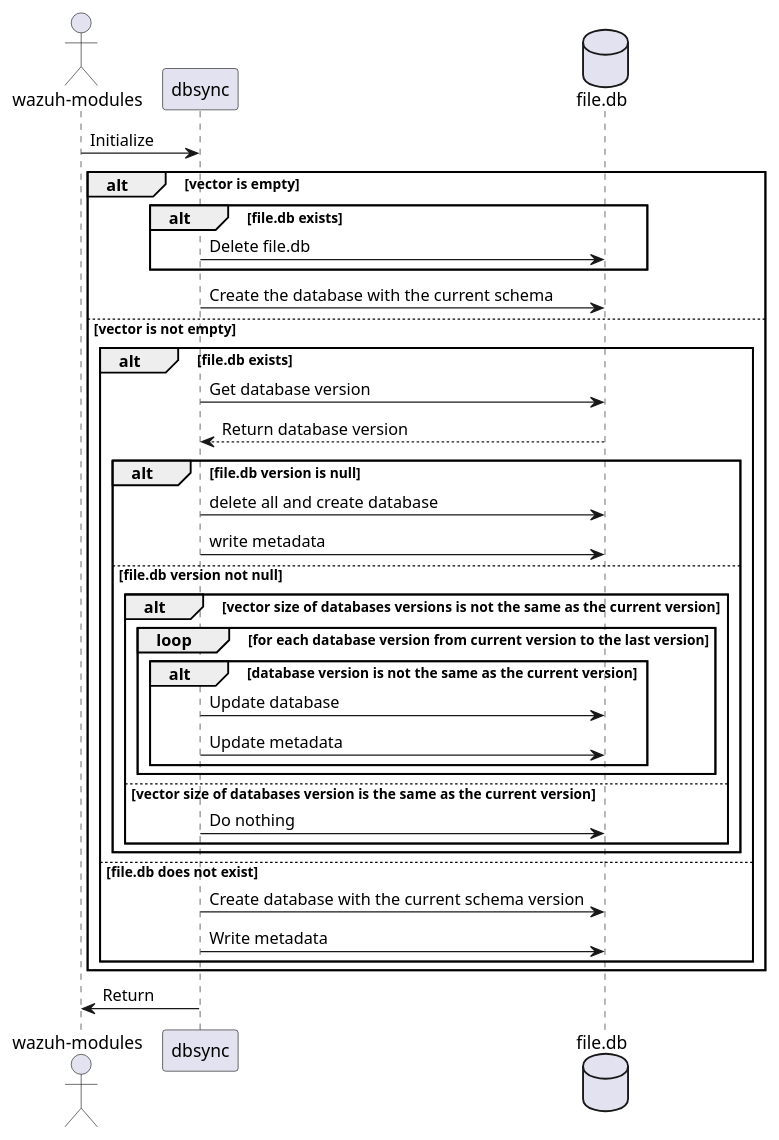
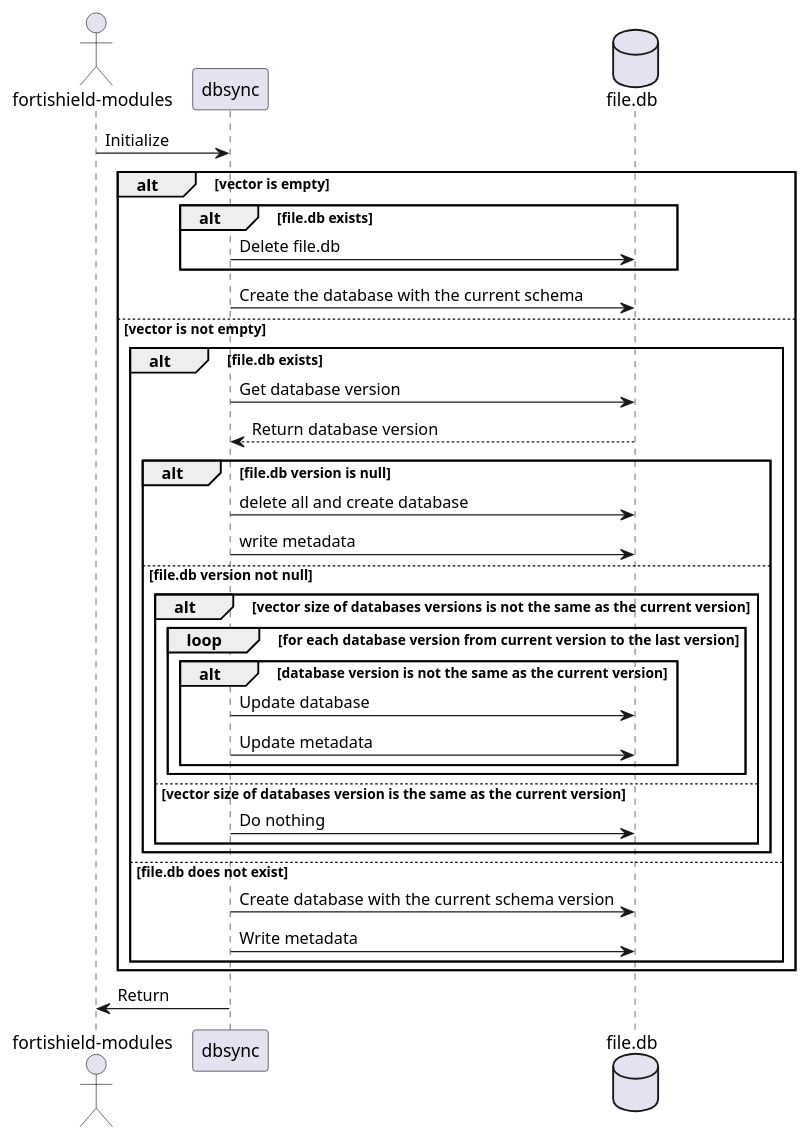
The diagram in architecture/dbsync/001-sequence-initialization-with-persistence.puml (FortiShield/FortiShield), drawn with PlantUML before and after one commit. The commit also changed other lines of this file and 1785 other files, not shown here.

```diff
--- a/architecture/dbsync/001-sequence-initialization-with-persistence.puml
+++ b/architecture/dbsync/001-sequence-initialization-with-persistence.puml
@@ -6,49 +6,49 @@
 @startuml 001-sequence-initialization-with-persistence
 
-actor "wazuh-modules" as module
+actor "fortishield-modules" as module
 participant "dbsync" as dbsync
 database "file.db" as db
 
 ' The initialization uses a std::vector of std::string to store the queries
 ' The index 0 is the present version 1 of the database
 ' The index 1 is the present version 2 of the database
 ' The index n is the present version n+1 of the database
 module -> dbsync: Initialize
 alt vector is empty
     alt file.db exists
         dbsync -> db: Delete file.db
     end
     dbsync -> db: Create the database with the current schema
 else vector is not empty
     ' Condition: If file.db exists and is not empty check the database version
     ' Condition: If file.db exists and is empty, create the database
     ' Condition: If file.db does not exist, create the database
     ' Condition: If the database version is not the same as the current version, update the database
     ' Condition: If the database version is the same as the current version, do nothing
 
     alt file.db exists
         dbsync->db: Get database version
         db-->dbsync: Return database version
         alt file.db version is null
             dbsync -> db: delete all and create database
             dbsync -> db: write metadata
         else file.db version not null
             alt vector size of databases versions is not the same as the current version
                 loop for each database version from current version to the last version
                     alt database version is not the same as the current version
                         dbsync -> db: Update database
                         dbsync -> db: Update metadata
                     end
                 end
             else vector size of databases version is the same as the current version
                 dbsync -> db: Do nothing
             end
         end
     else file.db does not exist
         dbsync -> db: Create database with the current schema version
         dbsync -> db: Write metadata
     end
 end
 
 dbsync -> module: Return
 @enduml
```
